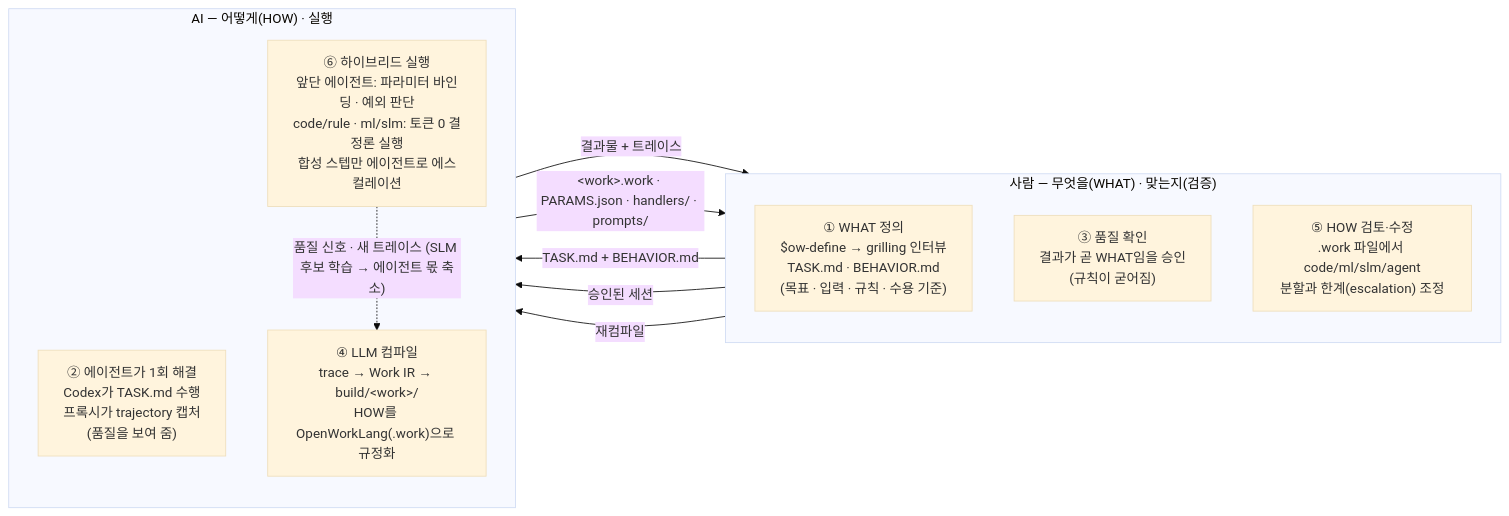
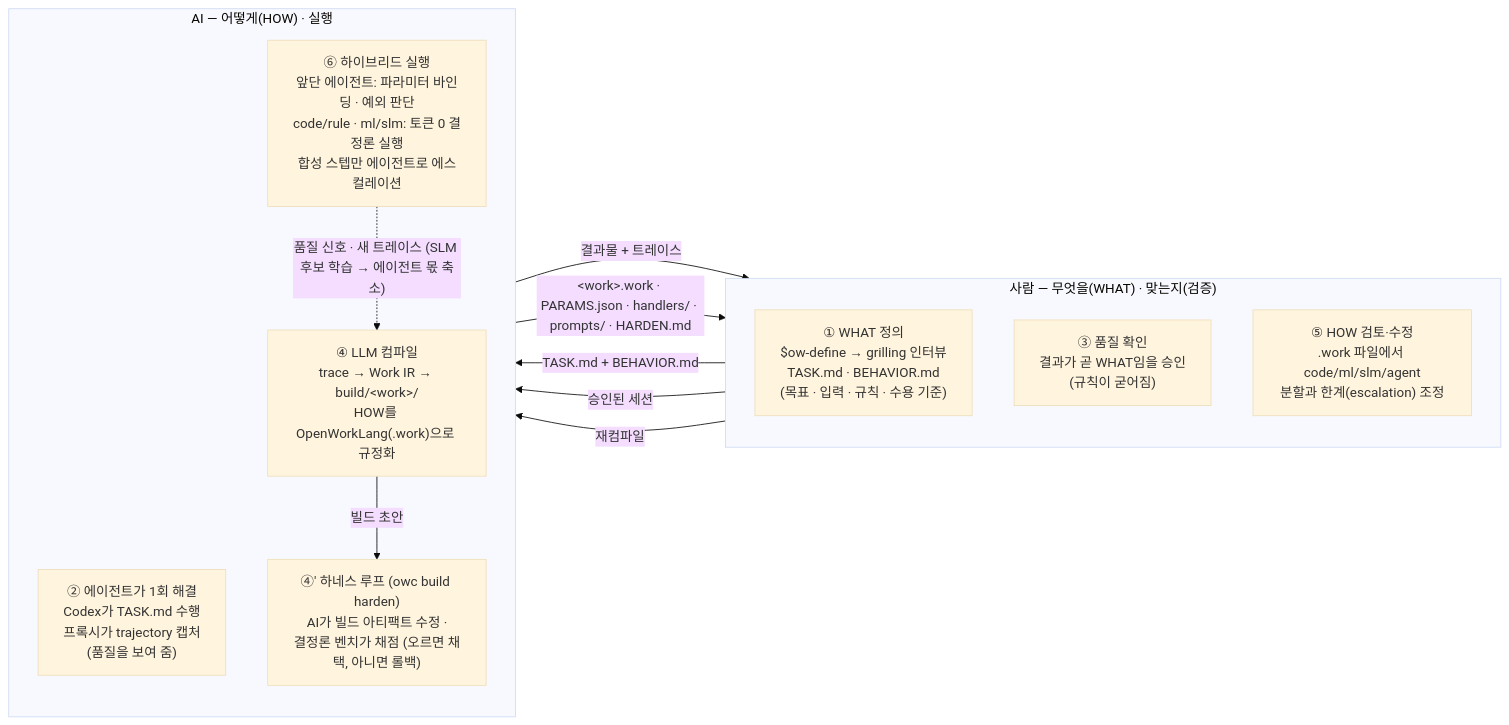
The first of 2 diagrams in README.md (baryonlabs/workcompiler), drawn with Mermaid (base theme) before and after one commit. The commit also changed other lines of this file and 14 other files, not shown here.

````diff
--- a/README.md
+++ b/README.md
@@ -34,23 +34,25 @@
 ```mermaid
 flowchart LR
     subgraph HUMAN["사람 — 무엇을(WHAT) · 맞는지(검증)"]
         direction TB
         H1["① WHAT 정의<br/>$ow-define → grilling 인터뷰<br/>TASK.md · BEHAVIOR.md<br/>(목표 · 입력 · 규칙 · 수용 기준)"]
         H2["③ 품질 확인<br/>결과가 곧 WHAT임을 승인<br/>(규칙이 굳어짐)"]
         H4["⑤ HOW 검토·수정<br/>.work 파일에서 code/ml/slm/agent<br/>분할과 한계(escalation) 조정"]
     end
 
     subgraph AI["AI — 어떻게(HOW) · 실행"]
         direction TB
         A1["② 에이전트가 1회 해결<br/>Codex가 TASK.md 수행<br/>프록시가 trajectory 캡처<br/>(품질을 보여 줌)"]
         A2["④ LLM 컴파일<br/>trace → Work IR → build/&lt;work&gt;/<br/>HOW를 OpenWorkLang(.work)으로 규정화"]
+        A4["④′ 하네스 루프 (owc build harden)<br/>AI가 빌드 아티팩트 수정 ·<br/>결정론 벤치가 채점 (오르면 채택, 아니면 롤백)"]
         A3["⑥ 하이브리드 실행<br/>앞단 에이전트: 파라미터 바인딩 · 예외 판단<br/>code/rule · ml/slm: 토큰 0 결정론 실행<br/>합성 스텝만 에이전트로 에스컬레이션"]
     end
 
     H1 -->|"TASK.md + BEHAVIOR.md"| A1
     A1 -->|"결과물 + 트레이스"| H2
     H2 -->|"승인된 세션"| A2
-    A2 -->|"&lt;work&gt;.work · PARAMS.json · handlers/ · prompts/"| H4
+    A2 -->|"빌드 초안"| A4
+    A4 -->|"&lt;work&gt;.work · PARAMS.json · handlers/ · prompts/ · HARDEN.md"| H4
     H4 -->|"재컴파일"| A3
     A3 -.->|"품질 신호 · 새 트레이스 (SLM 후보 학습 → 에이전트 몫 축소)"| A2
 ```
````
